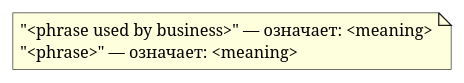
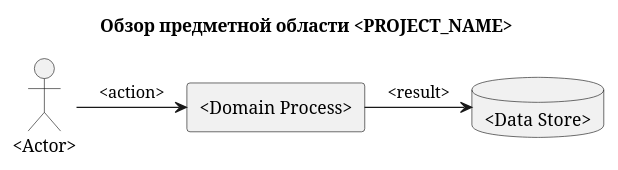
Before and after one commit to Druk83/sdd-template: the diagram in .requirements/предметная область.md, drawn with PlantUML. The commit also changed other lines of this file and 4 other files, not shown here.

Commit message:
v 1.1.0 Gap tracking, чеклисты готовности этапов, правила работы с диаграммами и placeholder-маркеры

````diff
--- a/.requirements/предметная область.md
+++ b/.requirements/предметная область.md
@@ -253,8 +272,12 @@
 ```plantuml
-@startuml
-note as UL
-"<phrase used by business>" — означает: <meaning>
-"<phrase>" — означает: <meaning>
-end note
+@startuml domain-overview
+title Обзор предметной области <PROJECT_NAME>
+
+actor "<Actor>" as actor
+rectangle "<Domain Process>" as process
+database "<Data Store>" as store
+
+actor -> process : <action>
+process -> store : <result>
 @enduml
 ```
````
